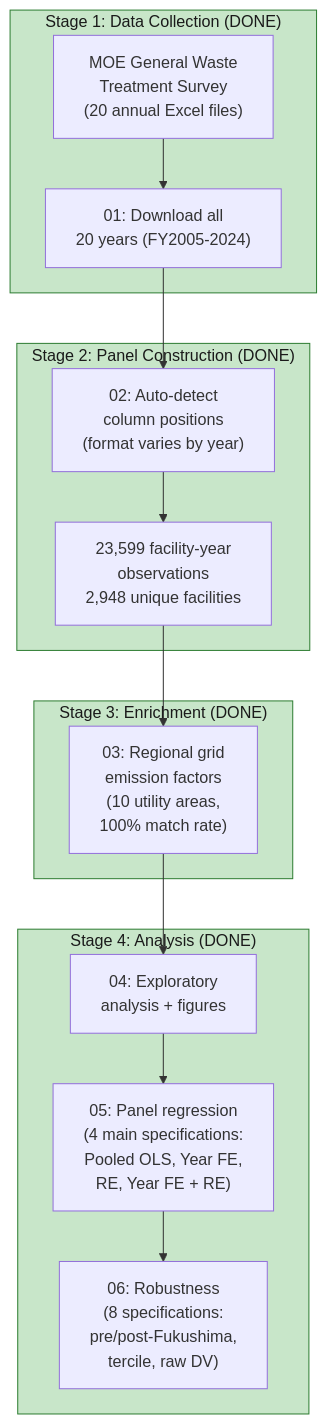
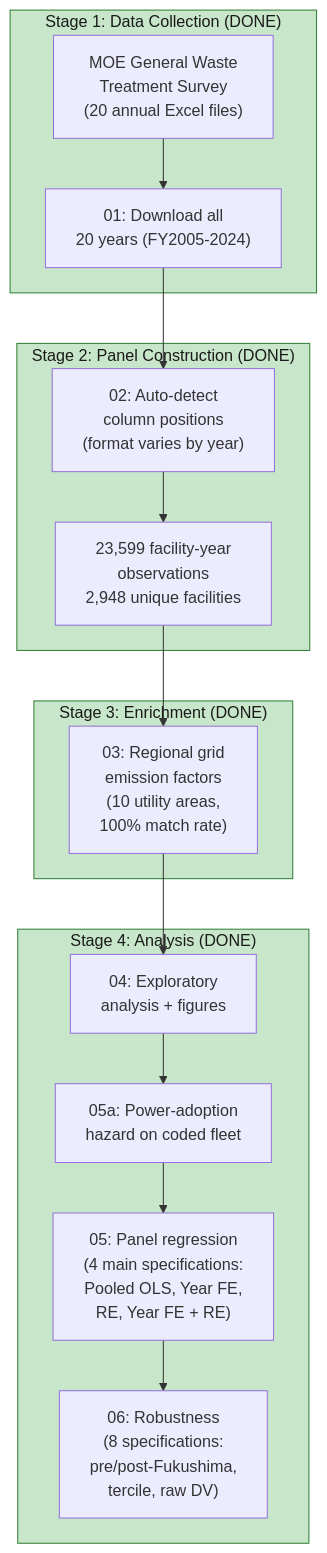
Before and after one commit to Pann13223029/incineration-paper: the second of 3 diagrams in README.md, drawn with Mermaid. The commit also changed other lines of this file and 19 other files, not shown here.

Commit message:
Redesign thesis around adoption and efficiency architecture

````diff
--- a/README.md
+++ b/README.md
@@ -53,27 +53,28 @@
 ```mermaid
 flowchart TD
     subgraph Download["Stage 1: Data Collection (DONE)"]
         A["MOE General Waste<br/>Treatment Survey<br/>(20 annual Excel files)"]
         A --> B["01: Download all<br/>20 years (FY2005-2024)"]
     end
 
     subgraph Parse["Stage 2: Panel Construction (DONE)"]
         B --> C["02: Auto-detect<br/>column positions<br/>(format varies by year)"]
         C --> D["23,599 facility-year<br/>observations<br/>2,948 unique facilities"]
     end
 
     subgraph Enrich["Stage 3: Enrichment (DONE)"]
         D --> E["03: Regional grid<br/>emission factors<br/>(10 utility areas,<br/>100% match rate)"]
     end
 
     subgraph Analyze["Stage 4: Analysis (DONE)"]
         E --> F["04: Exploratory<br/>analysis + figures"]
-        F --> G["05: Panel regression<br/>(4 main specifications:<br/>Pooled OLS, Year FE,<br/>RE, Year FE + RE)"]
-        G --> H["06: Robustness<br/>(8 specifications:<br/>pre/post-Fukushima,<br/>tercile, raw DV)"]
+        F --> G["05a: Power-adoption<br/>hazard on coded fleet"]
+        G --> H["05: Panel regression<br/>(4 main specifications:<br/>Pooled OLS, Year FE,<br/>RE, Year FE + RE)"]
+        H --> I["06: Robustness<br/>(8 specifications:<br/>pre/post-Fukushima,<br/>tercile, raw DV)"]
     end
 
     style Download fill:#c8e6c9,stroke:#2e7d32,color:#1a1a1a
     style Parse fill:#c8e6c9,stroke:#2e7d32,color:#1a1a1a
     style Enrich fill:#c8e6c9,stroke:#2e7d32,color:#1a1a1a
     style Analyze fill:#c8e6c9,stroke:#2e7d32,color:#1a1a1a
 ```
````
